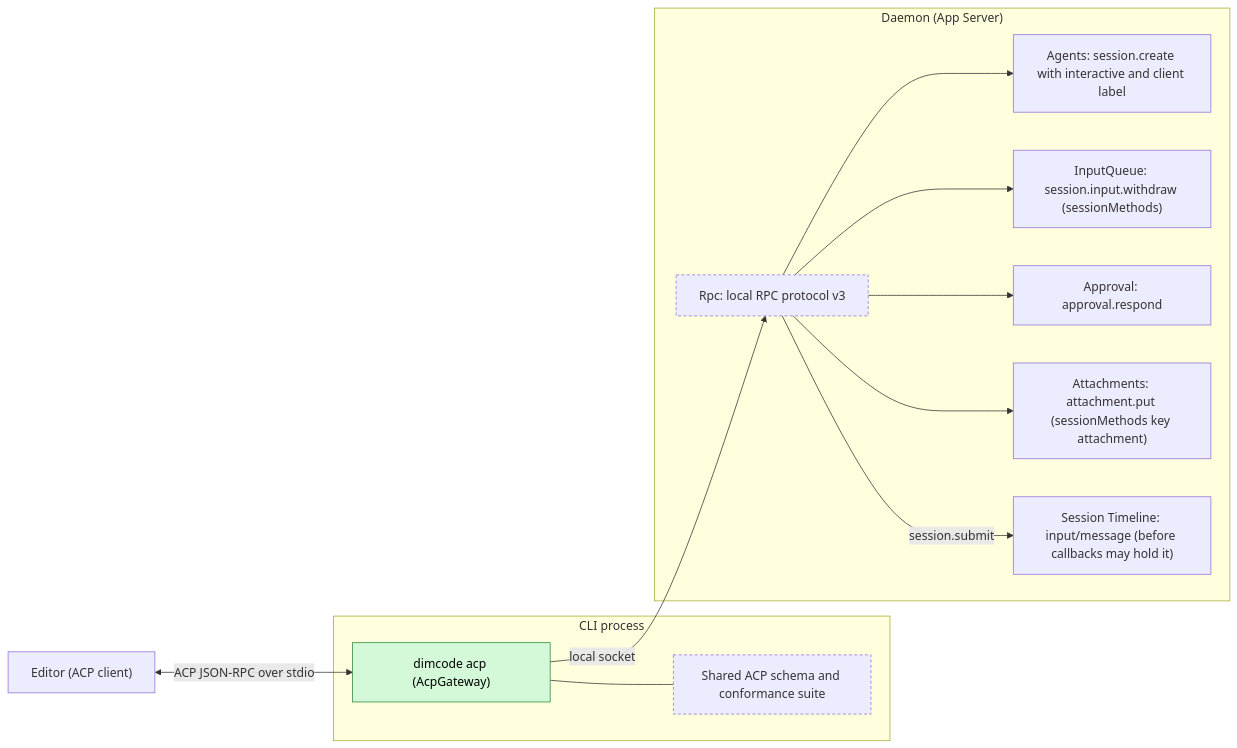
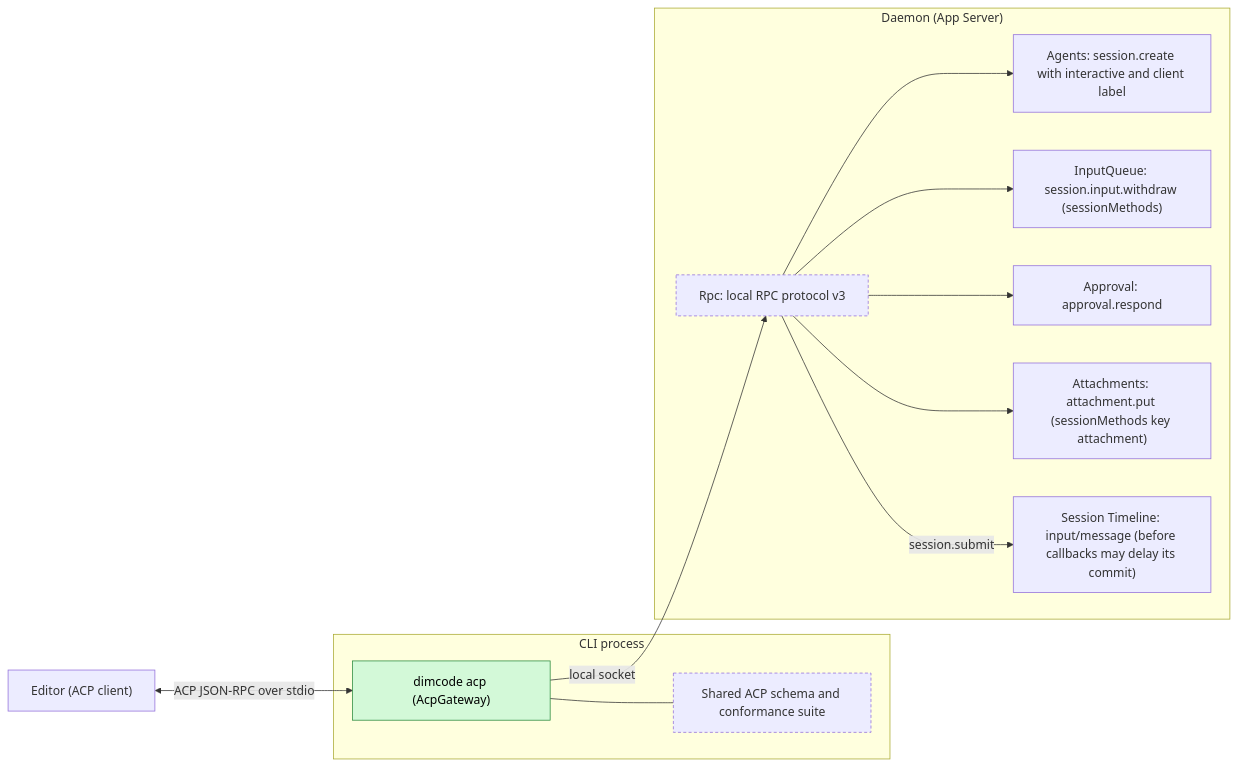
Before and after one commit to CoutinhoTTS/dim-agent: the first of 5 diagrams in docs/design/plugins/AcpGateway.md, drawn with Mermaid. The commit also changed other lines of this file and 40 other files, not shown here.

````diff
--- a/docs/design/plugins/AcpGateway.md
+++ b/docs/design/plugins/AcpGateway.md
@@ -9,26 +9,26 @@
 ```mermaid
 flowchart LR
   classDef new fill:#d3f9d8,stroke:#2b8a3e,color:#000
   classDef contract stroke-dasharray:4 3
   Editor["Editor (ACP client)"]
   subgraph cli["CLI process"]
     GW["dimcode acp (AcpGateway)"]:::new
     Schema["Shared ACP schema and conformance suite"]:::contract
   end
   subgraph daemon["Daemon (App Server)"]
     Rpc["Rpc: local RPC protocol v3"]:::contract
     Agents["Agents: session.create with interactive and client label"]
     IQ["InputQueue: session.input.withdraw (sessionMethods)"]
     Appr["Approval: approval.respond"]
     Att["Attachments: attachment.put (sessionMethods key attachment)"]
-    TLD["Session Timeline: input/message (before callbacks may hold it)"]
+    TLD["Session Timeline: input/message (before callbacks may delay its commit)"]
   end
   Editor <-->|"ACP JSON-RPC over stdio"| GW
   GW --- Schema
   GW -->|"local socket"| Rpc
   Rpc --> Agents
   Rpc --> IQ
   Rpc --> Appr
   Rpc --> Att
   Rpc -->|"session.submit"| TLD
 ```
````
